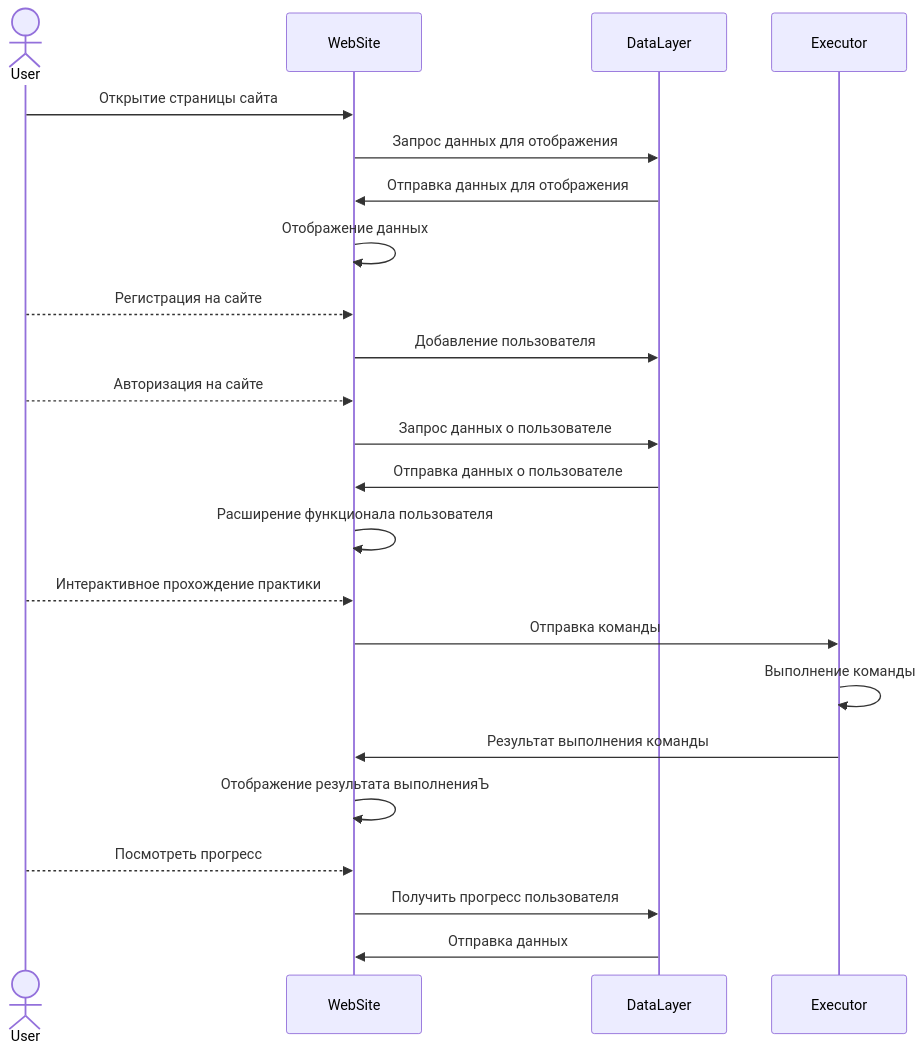
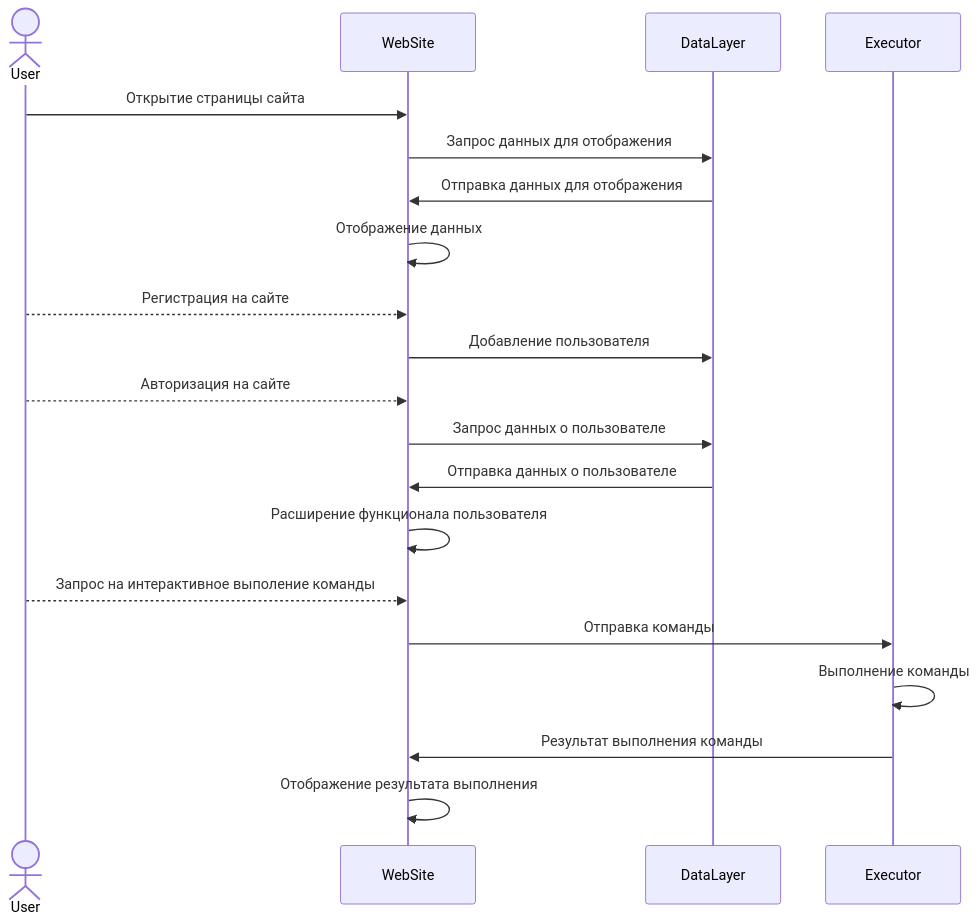
One commit to D1qm0nd/BashLearningSystem changed the first of 4 diagrams in README.md. Above: the diagram before and after it, drawn with Mermaid.

````diff
--- a/README.md
+++ b/README.md
@@ -4,23 +4,20 @@
 ``` mermaid
 sequenceDiagram
     Actor User
     User ->> WebSite: Открытие страницы сайта
     WebSite ->> DataLayer : Запрос данных для отображения
     DataLayer ->> WebSite: Отправка данных для отображения
     WebSite ->> WebSite: Отображение данных
     User -->> WebSite : Регистрация на сайте
     WebSite ->> DataLayer : Добавление пользователя
     User -->> WebSite : Авторизация на сайте
     WebSite ->> DataLayer : Запрос данных о пользователе
     DataLayer ->> WebSite : Отправка данных о пользователе
     WebSite ->> WebSite : Расширение функционала пользователя
-    User -->> WebSite : Интерактивное прохождение практики
+    User -->> WebSite : Запрос на интерактивное выполение команды
     WebSite ->> Executor: Отправка команды
     Executor ->> Executor: Выполнение команды
     Executor ->> WebSite : Результат выполнения команды
-    WebSite ->> WebSite : Отображение результата выполненияЪ
-    User -->> WebSite: Посмотреть прогресс
-    WebSite ->> DataLayer : Получить прогресс пользователя
-    DataLayer ->> WebSite : Отправка данных
+    WebSite ->> WebSite : Отображение результата выполнения
 
 ```
````
